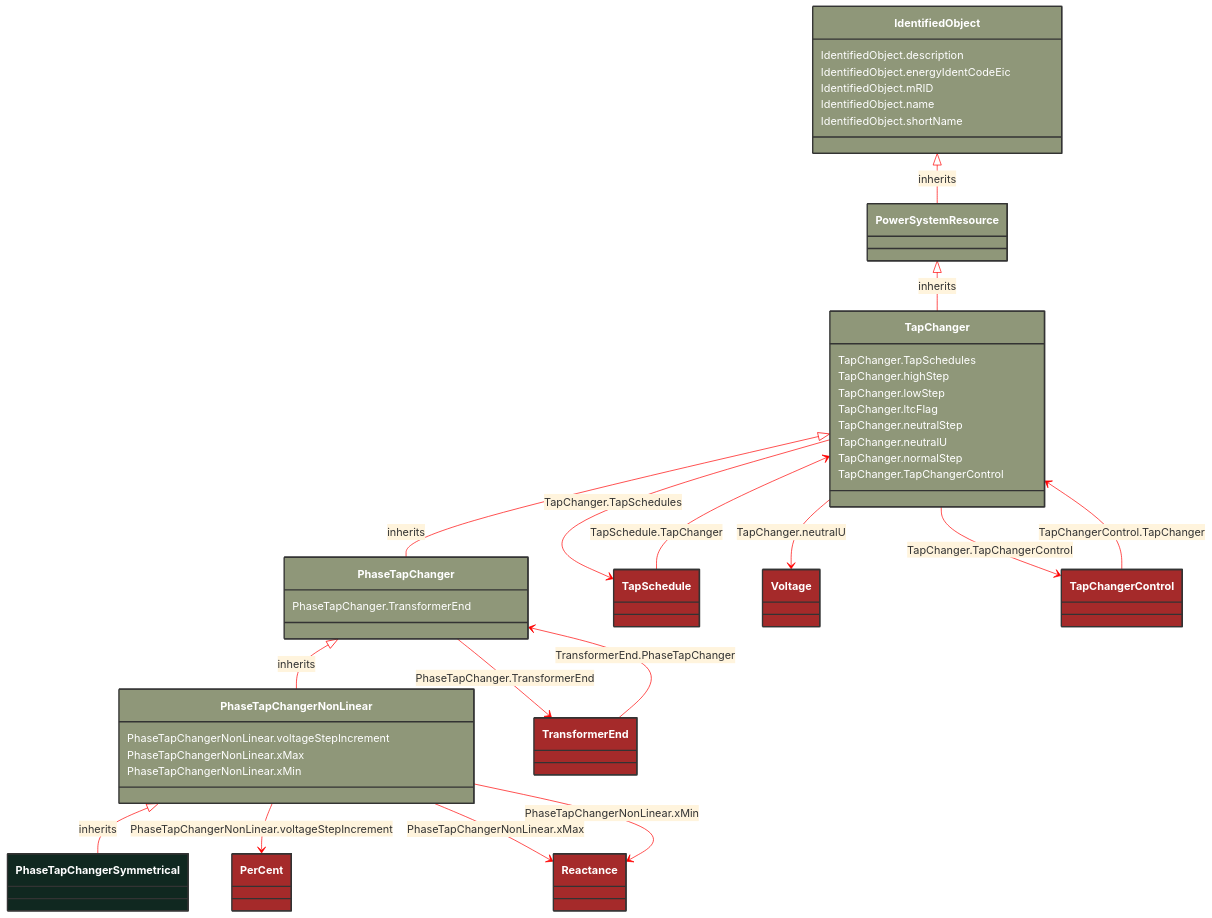
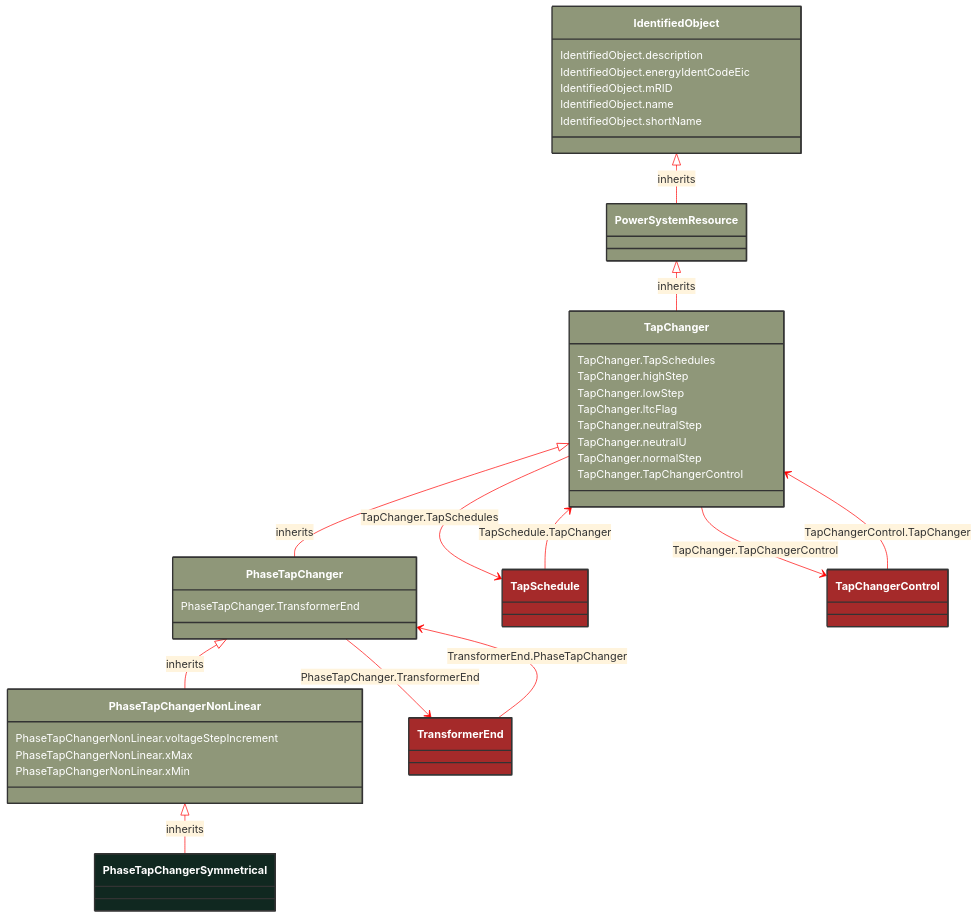
One commit to 3lbits/NoCIMExtensions changed the diagram in docs/Models/Profiles/CoreEquipment/ConcreteClasses/PhaseTapChangerSymmetrical.md. Above: the diagram before and after it, drawn with Mermaid. The commit also changed other lines of this file and 397 other files, not shown here.

First line of the commit message:
Refactor CIM schemas to introduce abstract classes and consolidate data types

```diff
--- a/docs/Models/Profiles/CoreEquipment/ConcreteClasses/PhaseTapChangerSymmetrical.md
+++ b/docs/Models/Profiles/CoreEquipment/ConcreteClasses/PhaseTapChangerSymmetrical.md
@@ -13,55 +13,35 @@
     style PhaseTapChangerSymmetrical fill:#102820,stroke:#333,stroke-width:2px,rx:10,ry:10,color:white
      
         PhaseTapChangerNonLinear <|-- PhaseTapChangerSymmetrical : inherits
-            click PhaseTapChangerNonLinear href "/Models/Profiles/CoreEquipment/ConcreteClasses/PhaseTapChangerNonLinear/"
+            click PhaseTapChangerNonLinear href "/Models/Profiles/CoreEquipment/AbstractClasses/PhaseTapChangerNonLinear/"
             style PhaseTapChangerNonLinear fill:#8F9779,stroke:#333,stroke-width:2px,rx:10,ry:10,color:white
      
         PhaseTapChanger <|-- PhaseTapChangerNonLinear : inherits
-            click PhaseTapChanger href "/Models/Profiles/CoreEquipment/ConcreteClasses/PhaseTapChanger/"
+            click PhaseTapChanger href "/Models/Profiles/CoreEquipment/AbstractClasses/PhaseTapChanger/"
             style PhaseTapChanger fill:#8F9779,stroke:#333,stroke-width:2px,rx:10,ry:10,color:white
      
         TapChanger <|-- PhaseTapChanger : inherits
-            click TapChanger href "/Models/Profiles/CoreEquipment/ConcreteClasses/TapChanger/"
+            click TapChanger href "/Models/Profiles/CoreEquipment/AbstractClasses/TapChanger/"
             style TapChanger fill:#8F9779,stroke:#333,stroke-width:2px,rx:10,ry:10,color:white
      
         PowerSystemResource <|-- TapChanger : inherits
-            click PowerSystemResource href "/Models/Profiles/CoreEquipment/ConcreteClasses/PowerSystemResource/"
+            click PowerSystemResource href "/Models/Profiles/CoreEquipment/AbstractClasses/PowerSystemResource/"
             style PowerSystemResource fill:#8F9779,stroke:#333,stroke-width:2px,rx:10,ry:10,color:white
      
         IdentifiedObject <|-- PowerSystemResource : inherits
-            click IdentifiedObject href "/Models/Profiles/CoreEquipment/ConcreteClasses/IdentifiedObject/"
+            click IdentifiedObject href "/Models/Profiles/CoreEquipment/AbstractClasses/IdentifiedObject/"
             style IdentifiedObject fill:#8F9779,stroke:#333,stroke-width:2px,rx:10,ry:10,color:white
 
-        PhaseTapChangerNonLinear --> PerCent : PhaseTapChangerNonLinear.voltageStepIncrement
-
-        PerCent
-            click PerCent href "/Models/Profiles/CoreEquipment/ConcreteClasses/PerCent/"
-            style PerCent fill:#A52A2A,stroke:#333,stroke-width:2px,rx:10,ry:10,color:white
-        PhaseTapChangerNonLinear --> Reactance : PhaseTapChangerNonLinear.xMax
-
-        Reactance
-            click Reactance href "/Models/Profiles/CoreEquipment/ConcreteClasses/Reactance/"
-            style Reactance fill:#A52A2A,stroke:#333,stroke-width:2px,rx:10,ry:10,color:white
-        PhaseTapChangerNonLinear --> Reactance : PhaseTapChangerNonLinear.xMin
-
-        Reactance
-            click Reactance href "/Models/Profiles/CoreEquipment/ConcreteClasses/Reactance/"
-            style Reactance fill:#A52A2A,stroke:#333,stroke-width:2px,rx:10,ry:10,color:white
         PhaseTapChanger --> TransformerEnd : PhaseTapChanger.TransformerEnd
 
         TransformerEnd
-            click TransformerEnd href "/Models/Profiles/CoreEquipment/ConcreteClasses/TransformerEnd/"
+            click TransformerEnd href "/Models/Profiles/CoreEquipment/AbstractClasses/TransformerEnd/"
             style TransformerEnd fill:#A52A2A,stroke:#333,stroke-width:2px,rx:10,ry:10,color:white
         TapChanger --> TapSchedule : TapChanger.TapSchedules
 
         TapSchedule
-            click TapSchedule href "/Models/Profiles/CoreEquipment/ConcreteClasses/TapSchedule/"
+            click TapSchedule href "/Models/Profiles/CoreEquipment/AbstractClasses/TapSchedule/"
             style TapSchedule fill:#A52A2A,stroke:#333,stroke-width:2px,rx:10,ry:10,color:white
-        TapChanger --> Voltage : TapChanger.neutralU
-
-        Voltage
-            click Voltage href "/Models/Profiles/CoreEquipment/ConcreteClasses/Voltage/"
-            style Voltage fill:#A52A2A,stroke:#333,stroke-width:2px,rx:10,ry:10,color:white
         TapChanger --> TapChangerControl : TapChanger.TapChangerControl
 
         TapChangerControl
@@ -71,7 +51,7 @@
         TapSchedule --> TapChanger : TapSchedule.TapChanger
 
         TapSchedule
-            click TapSchedule href "/Models/Profiles/CoreEquipment/ConcreteClasses/TapSchedule/"
+            click TapSchedule href "/Models/Profiles/CoreEquipment/AbstractClasses/TapSchedule/"
             style TapSchedule fill:#A52A2A,stroke:#333,stroke-width:2px,rx:10,ry:10,color:white
 
         TapChangerControl --> TapChanger : TapChangerControl.TapChanger
@@ -83,7 +63,7 @@
         TransformerEnd --> PhaseTapChanger : TransformerEnd.PhaseTapChanger
 
         TransformerEnd
-            click TransformerEnd href "/Models/Profiles/CoreEquipment/ConcreteClasses/TransformerEnd/"
+            click TransformerEnd href "/Models/Profiles/CoreEquipment/AbstractClasses/TransformerEnd/"
             style TransformerEnd fill:#A52A2A,stroke:#333,stroke-width:2px,rx:10,ry:10,color:white
 
 
```
